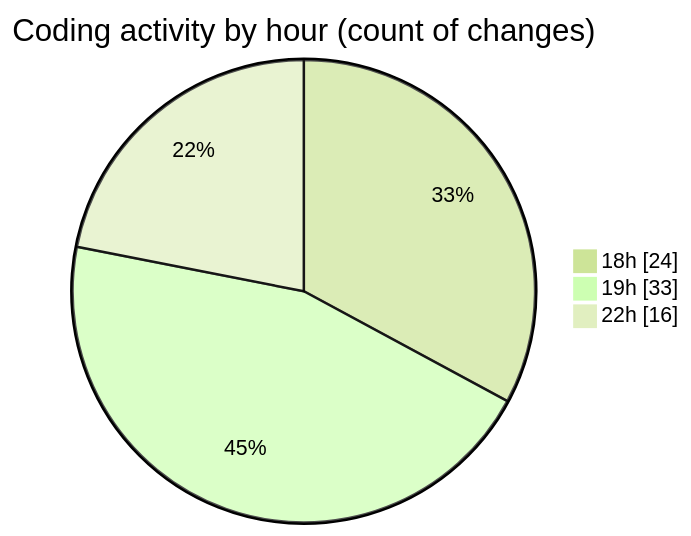
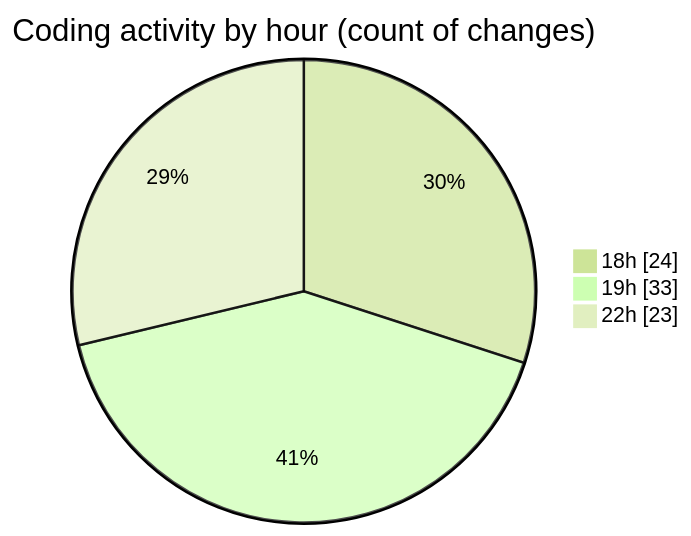
Before and after one commit to Netris89/code-tracking: the second of 2 diagrams in 2025-04-21/echo/README.md, drawn with Mermaid (forest theme). The commit also changed other lines of this file and 1 other file, not shown here.

````diff
--- a/2025-04-21/echo/README.md
+++ b/2025-04-21/echo/README.md
@@ -36,7 +36,7 @@
 ```mermaid
 pie showData
 title Coding activity by hour (count of changes)
 "18h" : 24
 "19h" : 33
-"22h" : 16
+"22h" : 23
 ```
````
